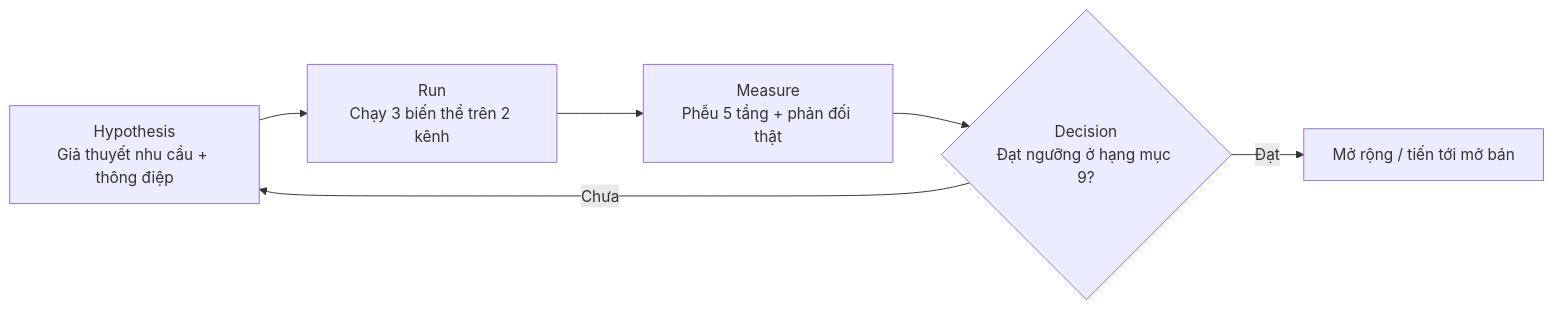
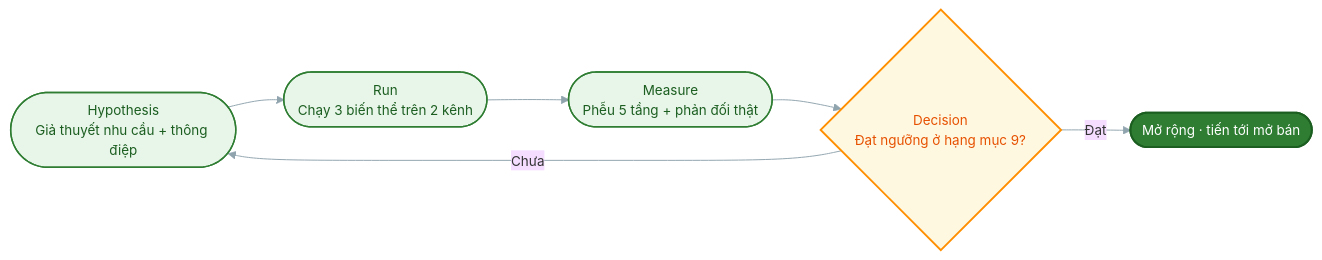
One commit to KieuDuyennn/start-up_nutriplan changed the first of 2 diagrams in docs/PA3-quang-ba/11-campaign-report.md. Above: the diagram before and after it, drawn with Mermaid. The commit also changed other lines of this file, not shown here.

Commit message:
style(pa3): restyle item 11 loop and gantt diagrams

````diff
--- a/docs/PA3-quang-ba/11-campaign-report.md
+++ b/docs/PA3-quang-ba/11-campaign-report.md
@@ -26,8 +26,15 @@
 ```mermaid
+%%{init: {'theme':'base','themeVariables':{'fontFamily':'Segoe UI, Roboto, sans-serif','fontSize':'14px','lineColor':'#90A4AE'}}}%%
 flowchart LR
-  H["Hypothesis<br/>Giả thuyết nhu cầu + thông điệp"] --> Run["Run<br/>Chạy 3 biến thể trên 2 kênh"]
-  Run --> M["Measure<br/>Phễu 5 tầng + phản đối thật"]
+  H(["Hypothesis<br/>Giả thuyết nhu cầu + thông điệp"]) --> Run(["Run<br/>Chạy 3 biến thể trên 2 kênh"])
+  Run --> M(["Measure<br/>Phễu 5 tầng + phản đối thật"])
   M --> D{"Decision<br/>Đạt ngưỡng ở hạng mục 9?"}
-  D -->|Đạt| Scale["Mở rộng / tiến tới mở bán"]
+  D -->|Đạt| Scale(["Mở rộng · tiến tới mở bán"])
   D -->|Chưa| H
+  classDef step fill:#E8F5E9,stroke:#2E7D32,stroke-width:1.5px,color:#1B5E20;
+  classDef gate fill:#FFF8E1,stroke:#FF8F00,stroke-width:2px,color:#E65100;
+  classDef goal fill:#2E7D32,stroke:#1B5E20,stroke-width:2px,color:#FFFFFF;
+  class H,Run,M step;
+  class D gate;
+  class Scale goal;
 ```
````
